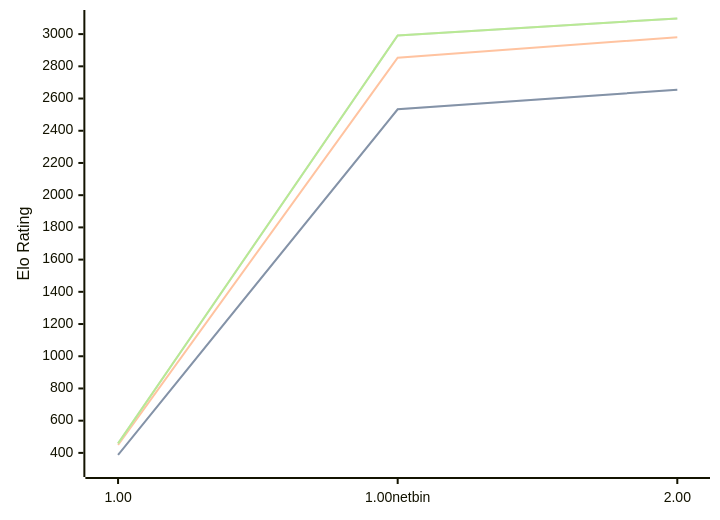
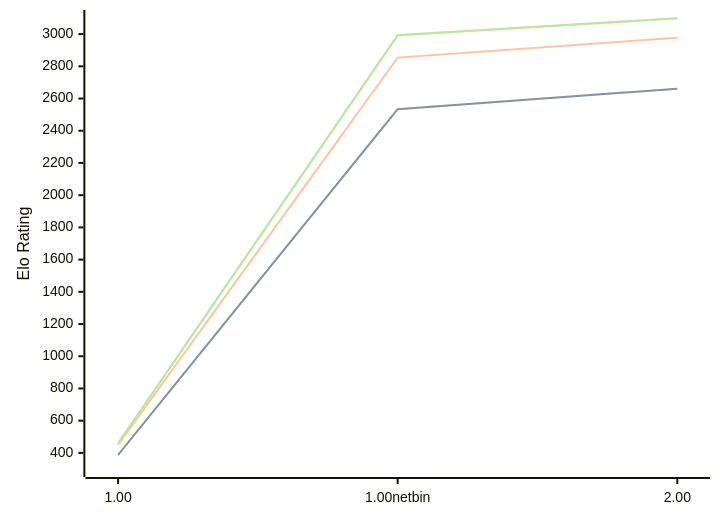
Before and after one commit to computer-chess-index/cci: the third of 3 diagrams in engines/Gilipol.md, drawn with Mermaid. The commit also changed other lines of this file, not shown here.

Commit message:
Update CCI Ratings (ELO VLTC) - 2026-06-30

````diff
--- a/engines/Gilipol.md
+++ b/engines/Gilipol.md
@@ -66,11 +66,11 @@
 ```mermaid
 %%{init: {"theme":"base","themeVariables":{"seriesColors:['#a3a3a3','#222221','#faa371']}}}%%
 xychart-beta
   x-axis ["1.00", "1.00netbin", "2.00"]
   y-axis "Elo Rating" 300 --> 3100
-  line "STC (8.0+0.08s)" [387, 2533, 2655]
-  line "STC (8.0+0.08s)" [387, 2533, 2655]
-  line "LTC (60.0+0.60s)" [450, 2853, 2981]
-  line "VLTC (2m24s+1.12s)" [459, 2992, 3097]
-  line "VLTC (2m24s+1.12s)" [459, 2992, 3097]
+  line "STC (8.0+0.08s)" [387, 2534, 2661]
+  line "STC (8.0+0.08s)" [387, 2534, 2661]
+  line "LTC (60.0+0.60s)" [450, 2854, 2978]
+  line "VLTC (2m24s+1.12s)" [459, 2993, 3098]
+  line "VLTC (2m24s+1.12s)" [459, 2993, 3098]
 ```
````
